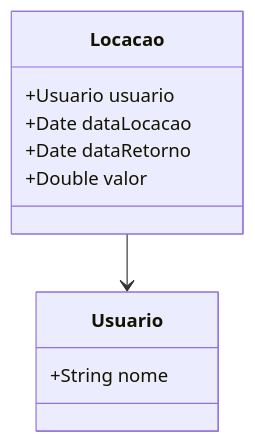
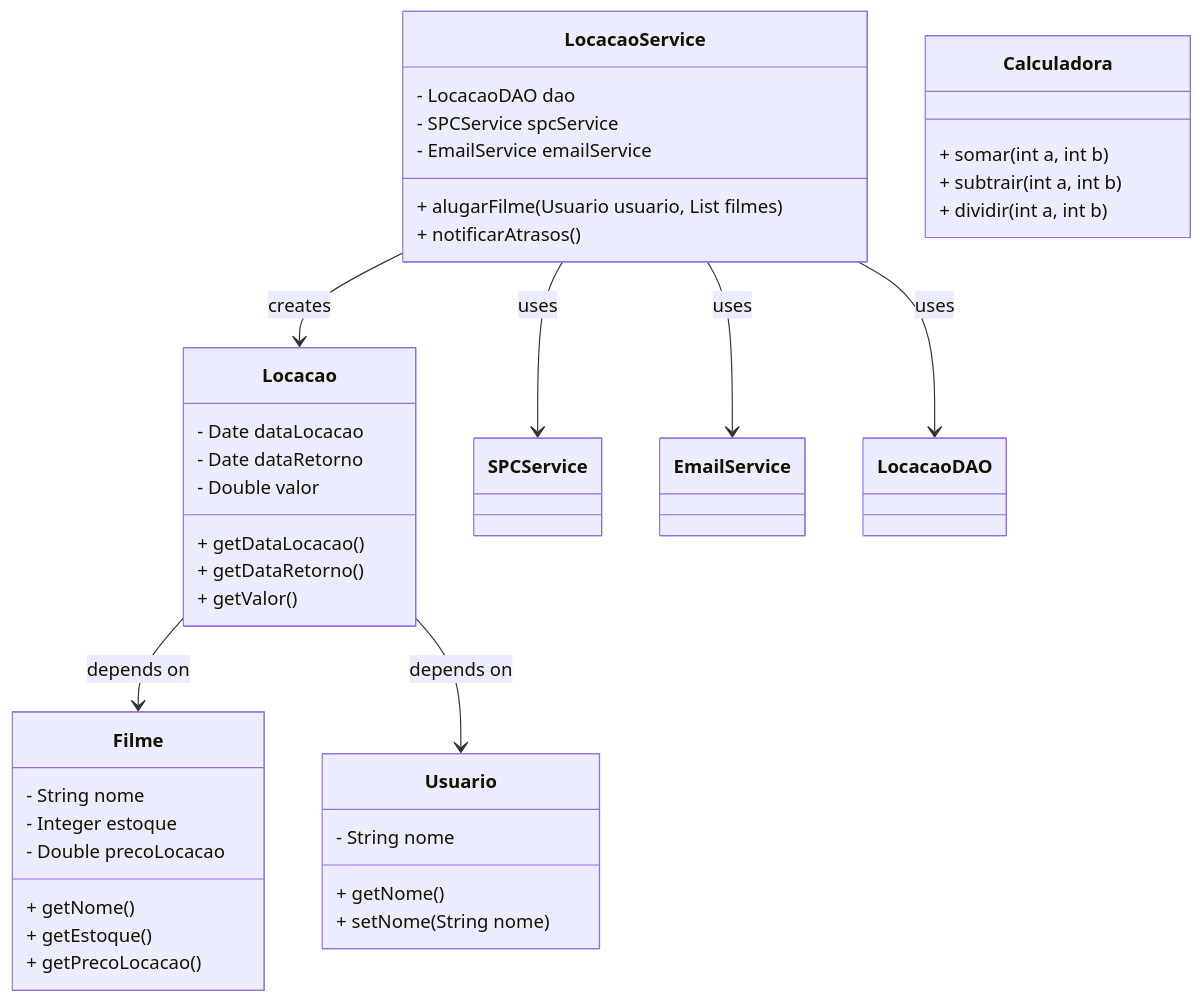
The diagram in README.md (chrissperb/TestesUnitarios), drawn with Mermaid before and after one commit.

Commit message:
Atualização do Diagrama de Classes.

````diff
--- a/README.md
+++ b/README.md
@@ -21,15 +21,47 @@
 ```mermaid
 classDiagram
     class Locacao {
-        +Usuario usuario
-        +Date dataLocacao
-        +Date dataRetorno
-        +Double valor
+        - Date dataLocacao
+        - Date dataRetorno
+        - Double valor
+        + getDataLocacao()
+        + getDataRetorno()
+        + getValor()
     }
 
     class Usuario {
-        +String nome
+        - String nome
+        + getNome()
+        + setNome(String nome)
     }
 
-    Locacao --> Usuario
+    class Filme {
+        - String nome
+        - Integer estoque
+        - Double precoLocacao
+        + getNome()
+        + getEstoque()
+        + getPrecoLocacao()
+    }
+
+    class LocacaoService {
+        - LocacaoDAO dao
+        - SPCService spcService
+        - EmailService emailService
+        + alugarFilme(Usuario usuario, List<Filme> filmes)
+        + notificarAtrasos()
+    }
+
+    class Calculadora {
+        + somar(int a, int b)
+        + subtrair(int a, int b)
+        + dividir(int a, int b)
+    }
+
+    Locacao --> Filme : depends on
+    Locacao --> Usuario : depends on
+    LocacaoService --> Locacao : creates
+    LocacaoService --> SPCService : uses
+    LocacaoService --> EmailService : uses
+    LocacaoService --> LocacaoDAO : uses
 ```
````
